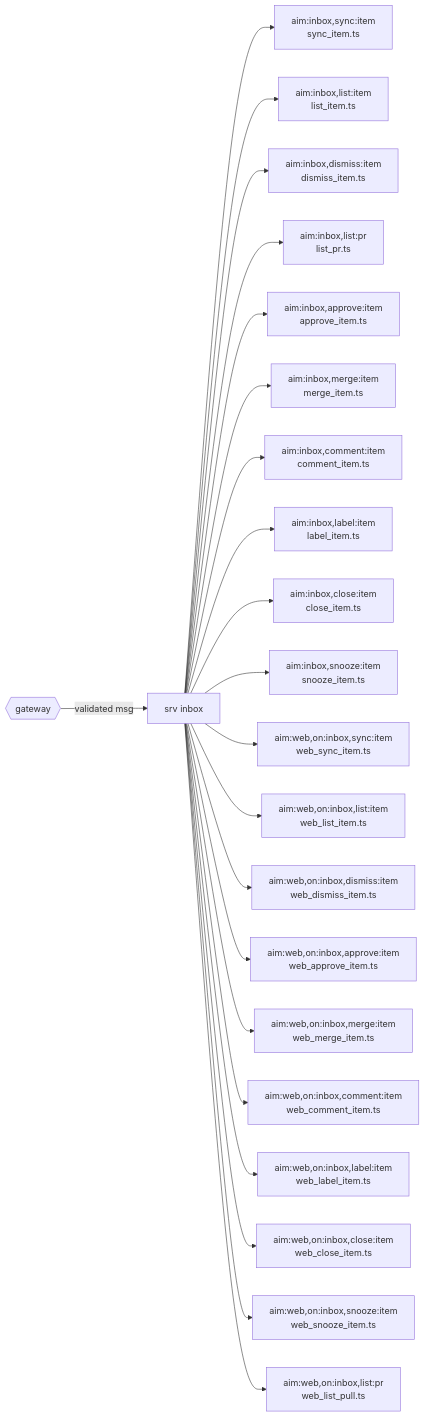
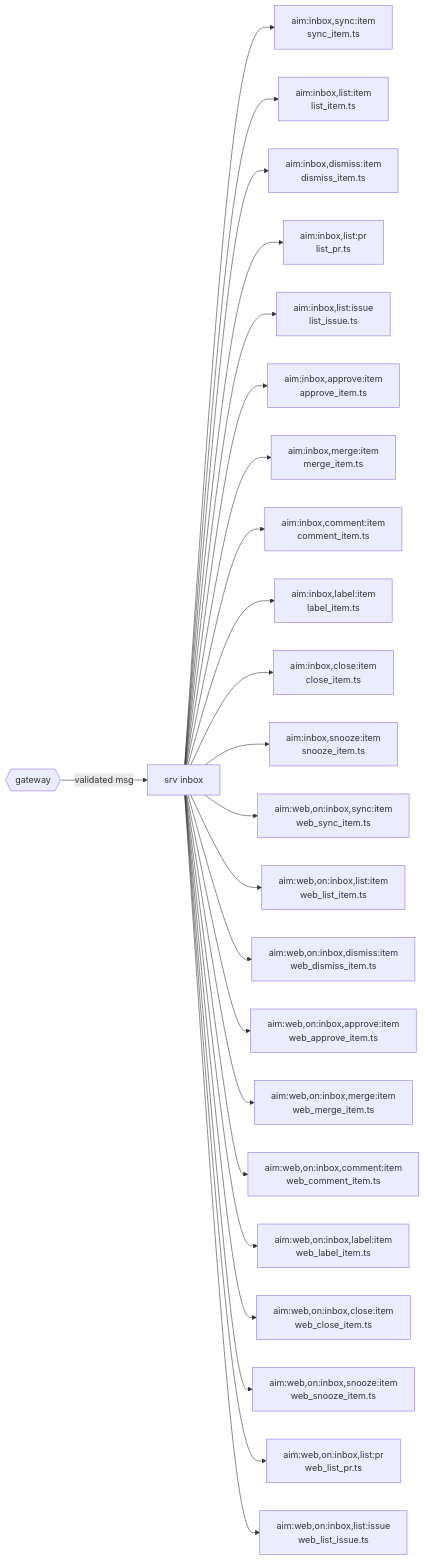
The diagram in backend/src/srv/inbox/README.md (voxgig/repo-manager), drawn with Mermaid before and after one commit. The commit also changed other lines of this file and 10 other files, not shown here.

````diff
--- a/backend/src/srv/inbox/README.md
+++ b/backend/src/srv/inbox/README.md
@@ -35,24 +37,26 @@
 ```mermaid
 flowchart LR
   gateway{{gateway}} -->|validated msg| srv[srv inbox]
   srv --> sync_item["aim:inbox,sync:item<br>sync_item.ts"]
   srv --> list_item["aim:inbox,list:item<br>list_item.ts"]
   srv --> dismiss_item["aim:inbox,dismiss:item<br>dismiss_item.ts"]
   srv --> list_pr["aim:inbox,list:pr<br>list_pr.ts"]
+  srv --> list_issue["aim:inbox,list:issue<br>list_issue.ts"]
   srv --> approve_item["aim:inbox,approve:item<br>approve_item.ts"]
   srv --> merge_item["aim:inbox,merge:item<br>merge_item.ts"]
   srv --> comment_item["aim:inbox,comment:item<br>comment_item.ts"]
   srv --> label_item["aim:inbox,label:item<br>label_item.ts"]
   srv --> close_item["aim:inbox,close:item<br>close_item.ts"]
   srv --> snooze_item["aim:inbox,snooze:item<br>snooze_item.ts"]
   srv --> web_sync_item["aim:web,on:inbox,sync:item<br>web_sync_item.ts"]
   srv --> web_list_item["aim:web,on:inbox,list:item<br>web_list_item.ts"]
   srv --> web_dismiss_item["aim:web,on:inbox,dismiss:item<br>web_dismiss_item.ts"]
   srv --> web_approve_item["aim:web,on:inbox,approve:item<br>web_approve_item.ts"]
   srv --> web_merge_item["aim:web,on:inbox,merge:item<br>web_merge_item.ts"]
   srv --> web_comment_item["aim:web,on:inbox,comment:item<br>web_comment_item.ts"]
   srv --> web_label_item["aim:web,on:inbox,label:item<br>web_label_item.ts"]
   srv --> web_close_item["aim:web,on:inbox,close:item<br>web_close_item.ts"]
   srv --> web_snooze_item["aim:web,on:inbox,snooze:item<br>web_snooze_item.ts"]
-  srv --> web_list_pull["aim:web,on:inbox,list:pr<br>web_list_pull.ts"]
+  srv --> web_list_pr["aim:web,on:inbox,list:pr<br>web_list_pr.ts"]
+  srv --> web_list_issue["aim:web,on:inbox,list:issue<br>web_list_issue.ts"]
 ```
````
